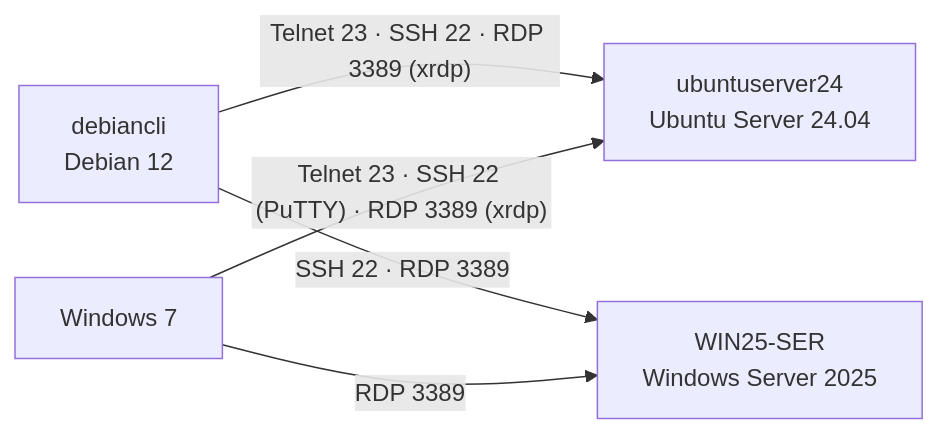
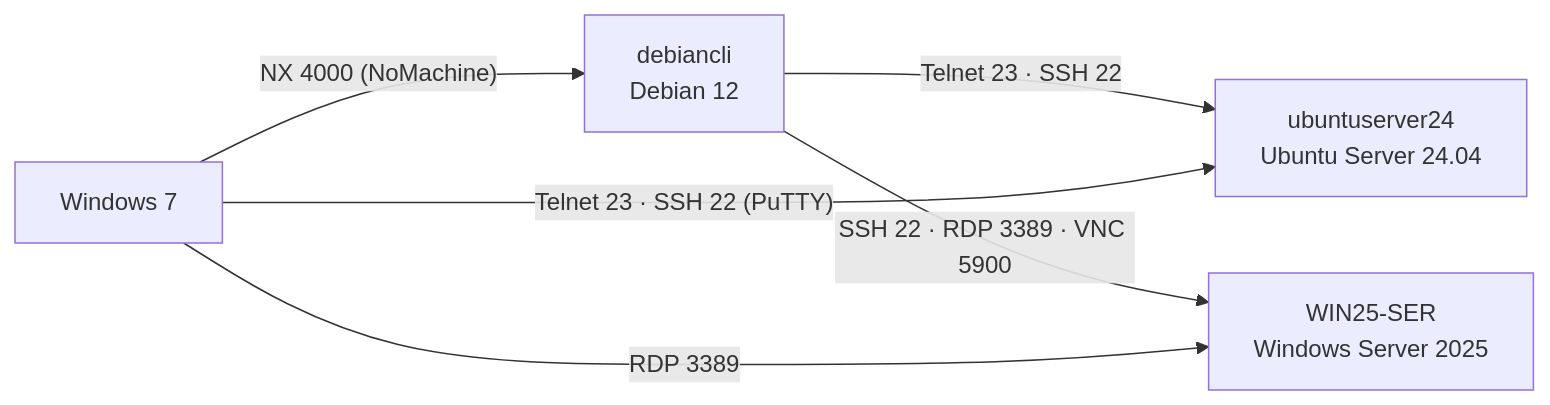
One commit to carloshercal/servicios-en-red changed the second of 2 diagrams in docs/ut3-acceso-remoto/05-resumen.md. Above: the diagram before and after it, drawn with Mermaid. The commit also changed other lines of this file and 6 other files, not shown here.

````diff
--- a/docs/ut3-acceso-remoto/05-resumen.md
+++ b/docs/ut3-acceso-remoto/05-resumen.md
@@ -94,11 +96,12 @@
 ```mermaid
 flowchart LR
     DEB["debiancli<br/>Debian 12"]
     W7["Windows 7"]
     UBU["ubuntuserver24<br/>Ubuntu Server 24.04"]
     WIN["WIN25-SER<br/>Windows Server 2025"]
-    DEB -- "Telnet 23 · SSH 22 · RDP 3389 (xrdp)" --> UBU
-    DEB -- "SSH 22 · RDP 3389" --> WIN
-    W7 -- "Telnet 23 · SSH 22 (PuTTY) · RDP 3389 (xrdp)" --> UBU
+    DEB -- "Telnet 23 · SSH 22" --> UBU
+    DEB -- "SSH 22 · RDP 3389 · VNC 5900" --> WIN
+    W7 -- "Telnet 23 · SSH 22 (PuTTY)" --> UBU
     W7 -- "RDP 3389" --> WIN
+    W7 -- "NX 4000 (NoMachine)" --> DEB
 ```
````
